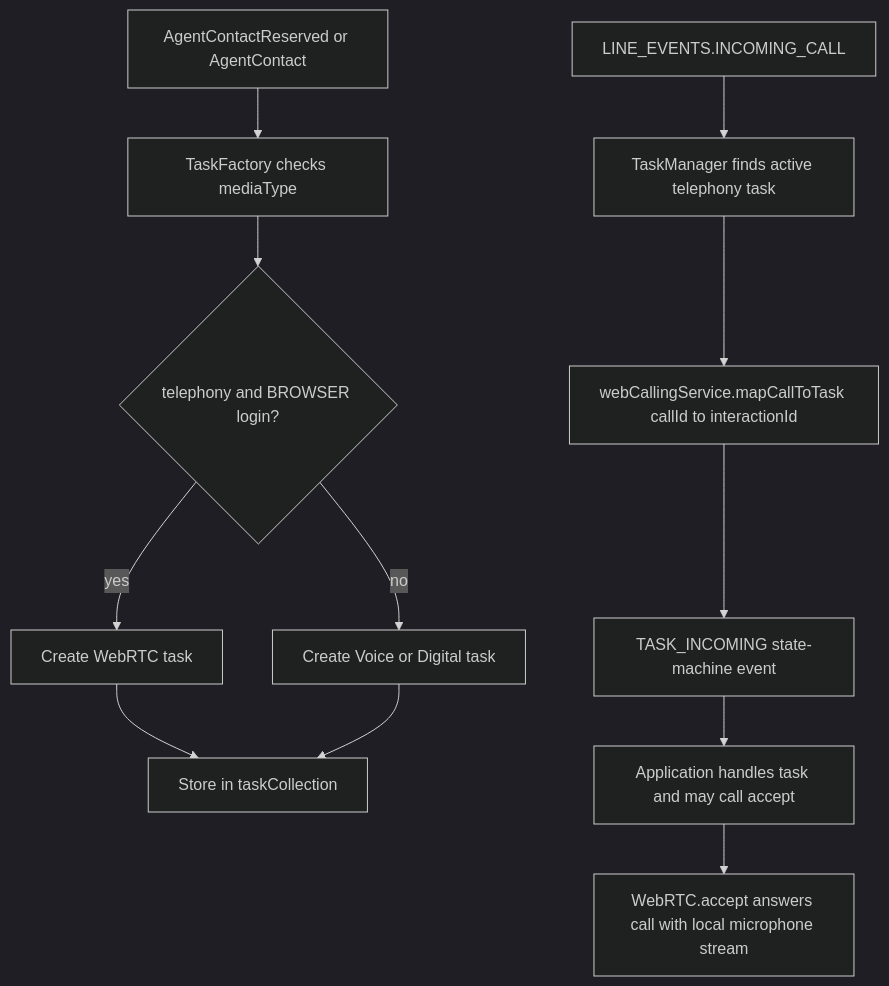
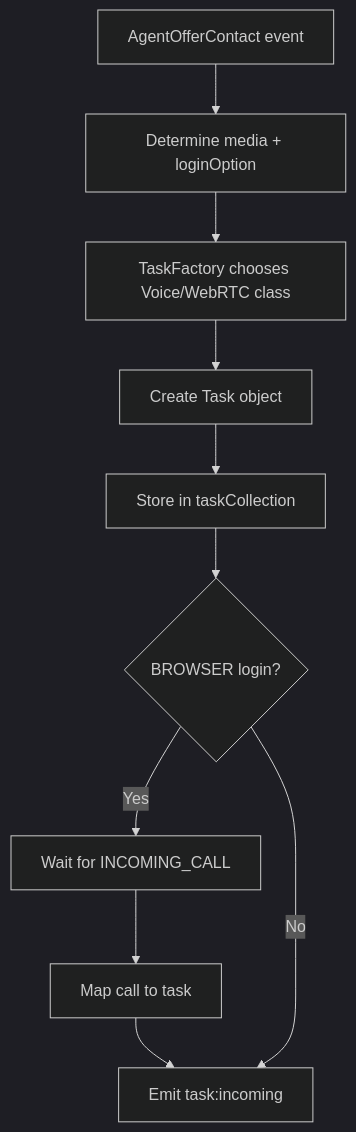
The fourth of 4 diagrams in packages/@webex/contact-center/src/services/task/ai-docs/ARCHITECTURE.md (webex/webex-js-sdk), drawn with Mermaid (dark theme) before and after one commit. The commit also changed other lines of this file and 12 other files, not shown here.

````diff
--- a/packages/@webex/contact-center/src/services/task/ai-docs/ARCHITECTURE.md
+++ b/packages/@webex/contact-center/src/services/task/ai-docs/ARCHITECTURE.md
@@ -553,14 +426,12 @@
 ```mermaid
 flowchart TD
-    A[AgentContactReserved or AgentContact] --> B[TaskFactory checks mediaType]
-    B --> C{telephony and BROWSER login?}
-    C -->|yes| D[Create WebRTC task]
-    C -->|no| E[Create Voice or Digital task]
-    D --> F[Store in taskCollection]
-    E --> F
-    G[LINE_EVENTS.INCOMING_CALL] --> H[TaskManager finds active telephony task]
-    H --> I[webCallingService.mapCallToTask callId to interactionId]
-    I --> J[TASK_INCOMING state-machine event]
-    J --> K[Application handles task and may call accept]
-    K --> L[WebRTC.accept answers call with local microphone stream]
+    A[AgentOfferContact event] --> B[Determine media + loginOption]
+    B --> C[TaskFactory chooses Voice/WebRTC class]
+    C --> D[Create Task object]
+    D --> E[Store in taskCollection]
+    E --> F{BROWSER login?}
+    F -->|Yes| G[Wait for INCOMING_CALL]
+    G --> H[Map call to task]
+    H --> I[Emit task:incoming]
+    F -->|No| I
 ```
````
